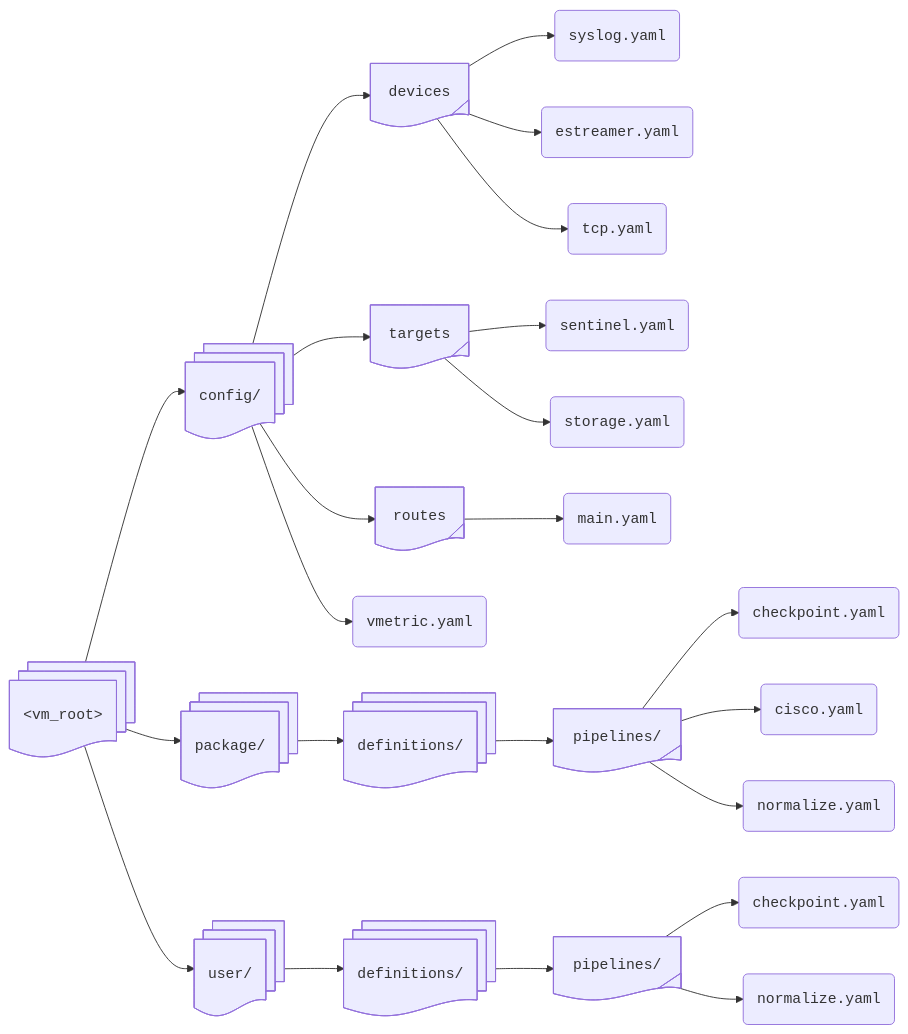
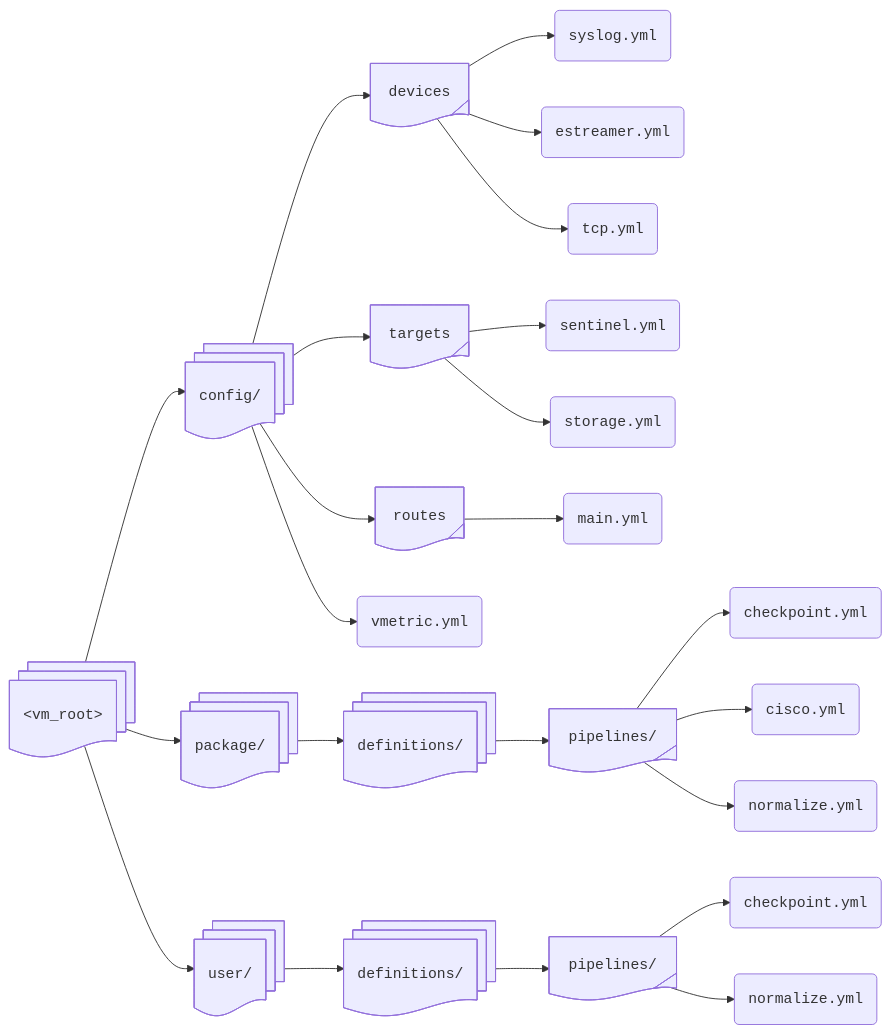
The second of 2 diagrams in docs/administration/overview.mdx (VirtualMetric/virtualmetric-docs), drawn with Mermaid before and after one commit. The commit also changed other lines of this file and 7 other files, not shown here.

````diff
--- a/docs/administration/overview.mdx
+++ b/docs/administration/overview.mdx
@@ -70,58 +70,58 @@
 ```mermaid
 flowchart LR
    vmroot@{shape: docs, label: "<code>&lt;vm_root&gt;</code>"}
    config@{shape: docs, label: "<code>config/</code>"}
       devices@{shape: tag-doc, label: "<code>devices</code>"}
-         syslog("<code>syslog.yaml</code>")
-         estreamer("<code>estreamer.yaml</code>")
-         tcp("<code>tcp.yaml</code>")
+         syslog("<code>syslog.yml</code>")
+         estreamer("<code>estreamer.yml</code>")
+         tcp("<code>tcp.yml</code>")
       targets@{shape: tag-doc, label: "<code>targets</code>"}
-         sentinel("<code>sentinel.yaml</code>")
-         storage("<code>storage.yaml</code>")
+         sentinel("<code>sentinel.yml</code>")
+         storage("<code>storage.yml</code>")
       routes@{shape: tag-doc, label: "<code>routes</code>"}
-         main("<code>main.yaml</code>")
-      vmetric("<code>vmetric.yaml</code>")
+         main("<code>main.yml</code>")
+      vmetric("<code>vmetric.yml</code>")
 
    package@{shape: docs, label: "<code>package/</code>"}
       packageDefinitions@{shape: docs, label: "<code>definitions/</code>"}
          packageDefinitionsPipelines@{shape: tag-doc, label: "<code>pipelines/</code>"}
-            packageDefinitionsPipelinesCheckpoint("<code>checkpoint.yaml</code>")
-            packageDefinitionsPipelinesCisco("<code>cisco.yaml</code>")
-            packageDefinitionsPipelinesNormalize("<code>normalize.yaml</code>")
+            packageDefinitionsPipelinesCheckpoint("<code>checkpoint.yml</code>")
+            packageDefinitionsPipelinesCisco("<code>cisco.yml</code>")
+            packageDefinitionsPipelinesNormalize("<code>normalize.yml</code>")
 
    user@{shape: docs, label: "<code>user/</code>"}
       userDefinitions@{shape: docs, label: "<code>definitions/</code>"}
          userDefinitionsPipelines@{shape: tag-doc, label: "<code>pipelines/</code>"}
-            userDefinitionsPipelinesCheckpoint("<code>checkpoint.yaml</code>")
-            userDefinitionsPipelinesNormalize("<code>normalize.yaml</code>")
+            userDefinitionsPipelinesCheckpoint("<code>checkpoint.yml</code>")
+            userDefinitionsPipelinesNormalize("<code>normalize.yml</code>")
 
    vmroot --> config
    vmroot --> package
    vmroot --> user
 
    config --> devices
    config --> targets
    config --> routes
    config --> vmetric
 
    devices --> syslog
    devices --> estreamer
    devices --> tcp
 
    targets --> sentinel
    targets --> storage
 
    routes --> main
 
    package --> packageDefinitions
    packageDefinitions --> packageDefinitionsPipelines
    packageDefinitionsPipelines --> packageDefinitionsPipelinesCheckpoint
    packageDefinitionsPipelines --> packageDefinitionsPipelinesCisco
    packageDefinitionsPipelines --> packageDefinitionsPipelinesNormalize
 
    user --> userDefinitions
    userDefinitions --> userDefinitionsPipelines
    userDefinitionsPipelines --> userDefinitionsPipelinesCheckpoint
    userDefinitionsPipelines --> userDefinitionsPipelinesNormalize
 
 ```
````
